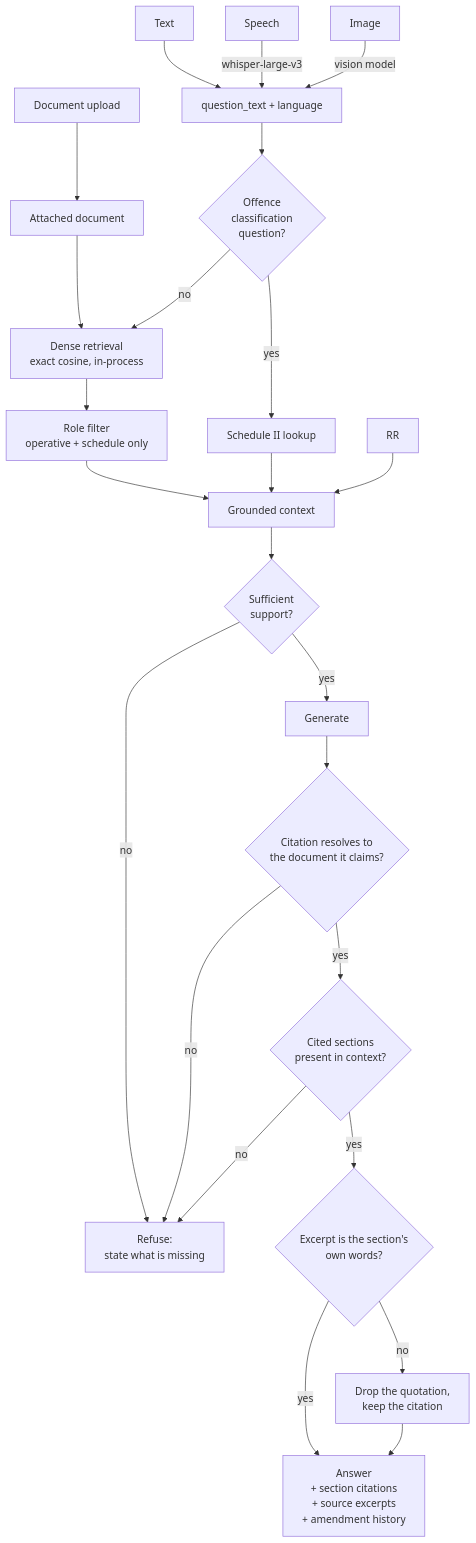
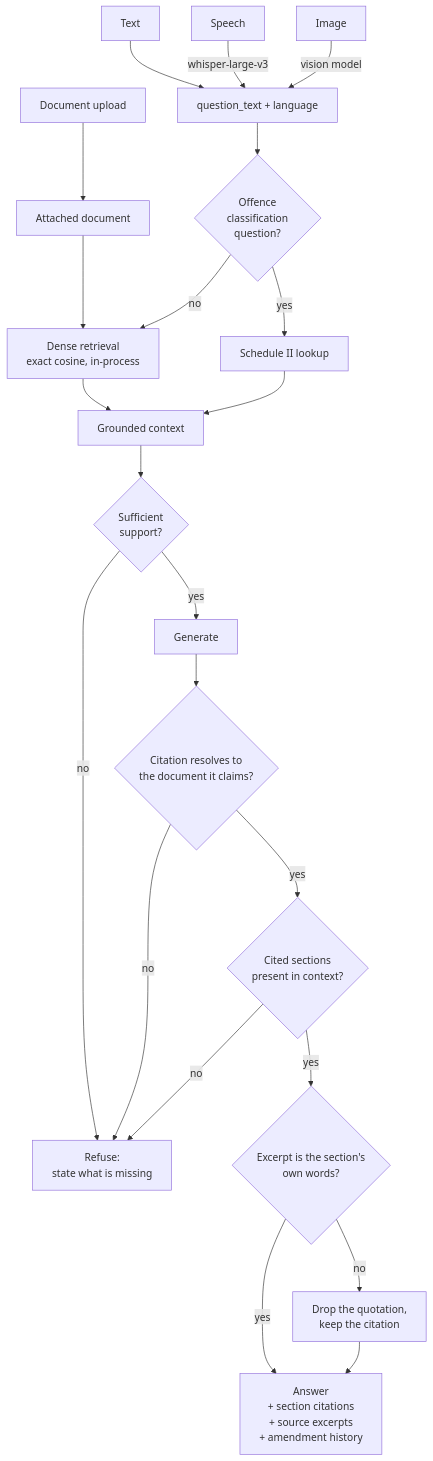
The third of 4 diagrams in docs/architecture.md (asifuddin01/Criminal-Law-Q-A-Assistant), drawn with Mermaid before and after one commit. The commit also changed other lines of this file and 9 other files, not shown here.

````diff
--- a/docs/architecture.md
+++ b/docs/architecture.md
@@ -85,31 +83,29 @@
 ```mermaid
 flowchart TB
     TXT["Text"] --> NORM
     SPX["Speech"] -->|"whisper-large-v3"| NORM
     IMG["Image"] -->|"vision model"| NORM
     PDF["Document upload"] --> ATT["Attached document"]
 
     NORM["question_text + language"] --> CLS{"Offence<br/>classification<br/>question?"}
     ATT --> RET
 
     CLS -->|yes| SLOOK["Schedule II lookup"]
     CLS -->|no| RET
 
-    RET["Dense retrieval<br/>exact cosine, in-process"] --> FILT["Role filter<br/>operative + schedule only"]
-    FILT --> CTX
+    RET["Dense retrieval<br/>exact cosine, in-process"] --> CTX["Grounded context"]
     SLOOK --> CTX
-    RR --> CTX["Grounded context"]
 
     CTX --> ENOUGH{"Sufficient<br/>support?"}
     ENOUGH -->|no| REFUSE["Refuse:<br/>state what is missing"]
     ENOUGH -->|yes| GEN["Generate"]
 
     GEN --> V0{"Citation resolves to<br/>the document it claims?"}
     V0 -->|no| REFUSE
     V0 -->|yes| V1{"Cited sections<br/>present in context?"}
     V1 -->|no| REFUSE
     V1 -->|yes| V2{"Excerpt is the section's<br/>own words?"}
     V2 -->|no| DROP["Drop the quotation,<br/>keep the citation"]
     V2 -->|yes| OUT["Answer<br/>+ section citations<br/>+ source excerpts<br/>+ amendment history"]
     DROP --> OUT
 ```
````
